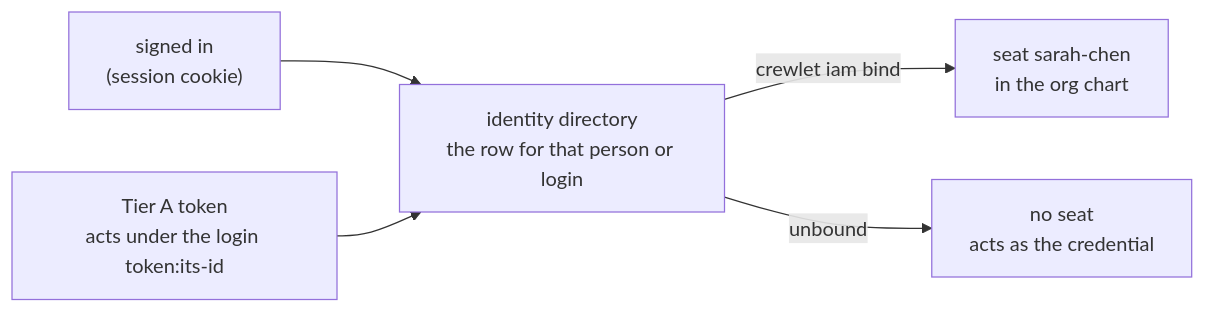
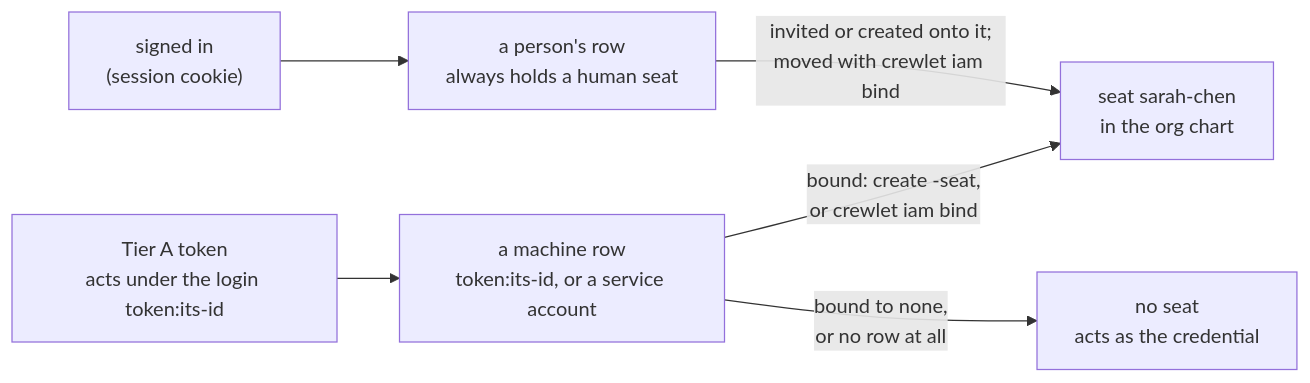
The first of 3 diagrams in docs/concepts/humans-in-the-org.md (crewlet/crewlet), drawn with Mermaid before and after one commit. The commit also changed other lines of this file and 326 other files, not shown here.

````diff
--- a/docs/concepts/humans-in-the-org.md
+++ b/docs/concepts/humans-in-the-org.md
@@ -167,12 +206,14 @@
 ```mermaid
 flowchart LR
     SESSION["signed in<br/>(session cookie)"]
     TOKEN["Tier A token<br/>acts under the login token:its-id"]
-    ROW["identity directory<br/>the row for that person or login"]
+    PERSON["a person's row<br/>always holds a human seat"]
+    MACHINE["a machine row<br/>token:its-id, or a service account"]
     SEAT["seat sarah-chen<br/>in the org chart"]
     NONE["no seat<br/>acts as the credential"]
-    SESSION --> ROW
-    TOKEN --> ROW
-    ROW -->|"crewlet iam bind"| SEAT
-    ROW -->|"unbound"| NONE
+    SESSION --> PERSON
+    TOKEN --> MACHINE
+    PERSON -->|"invited or created onto it;<br/>moved with crewlet iam bind"| SEAT
+    MACHINE -->|"bound: create -seat,<br/>or crewlet iam bind"| SEAT
+    MACHINE -->|"bound to none,<br/>or no row at all"| NONE
 ```
````
